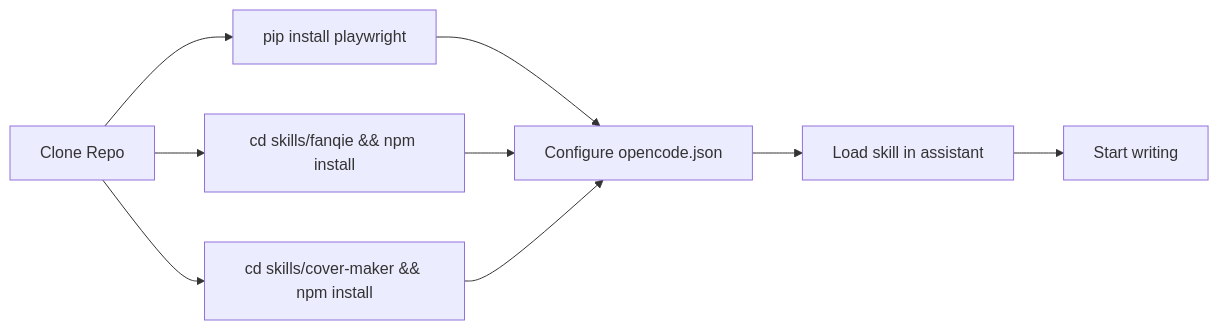
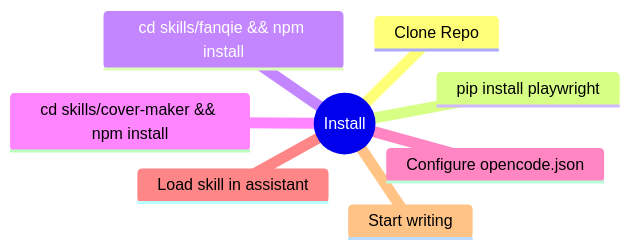
Before and after one commit to ricky-theseus/DaisyWriter: the fifth of 5 diagrams in README.md, drawn with Mermaid. The commit also changed other lines of this file and 1 other file, not shown here.

Commit message:
docs: replace flowcharts with mindmaps, fix skill counts (29)

````diff
--- a/README.md
+++ b/README.md
@@ -312,11 +272,11 @@
 ```mermaid
-flowchart LR
-    A["Clone Repo"] --> B["pip install playwright"]
-    A --> C["cd skills/fanqie && npm install"]
-    A --> D["cd skills/cover-maker && npm install"]
-    B --> E["Configure opencode.json"]
-    C --> E
-    D --> E
-    E --> F["Load skill in assistant"]
-    F --> G["Start writing"]
+mindmap
+  ((Install))
+    Clone Repo
+    pip install playwright
+    cd skills/fanqie && npm install
+    cd skills/cover-maker && npm install
+    Configure opencode.json
+    Load skill in assistant
+    Start writing
 ```
````
